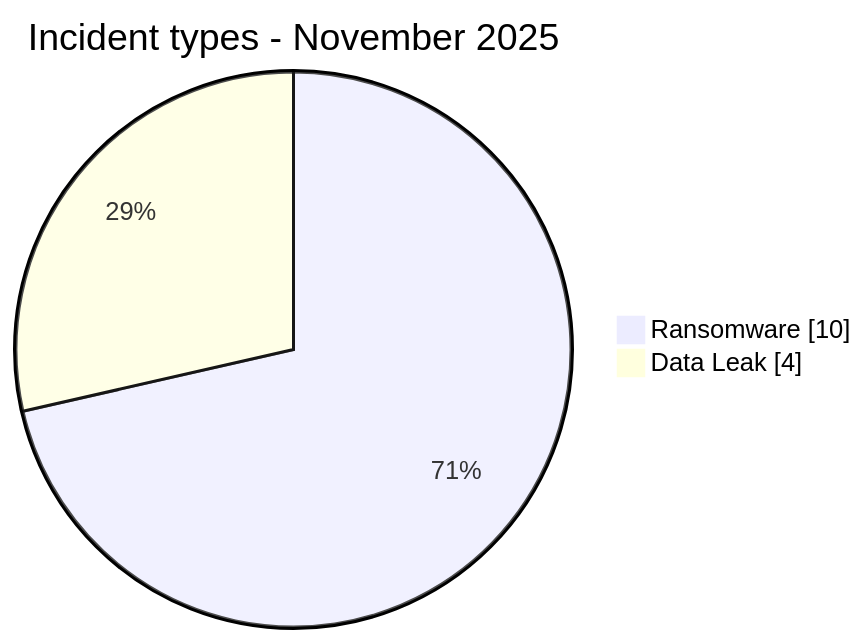
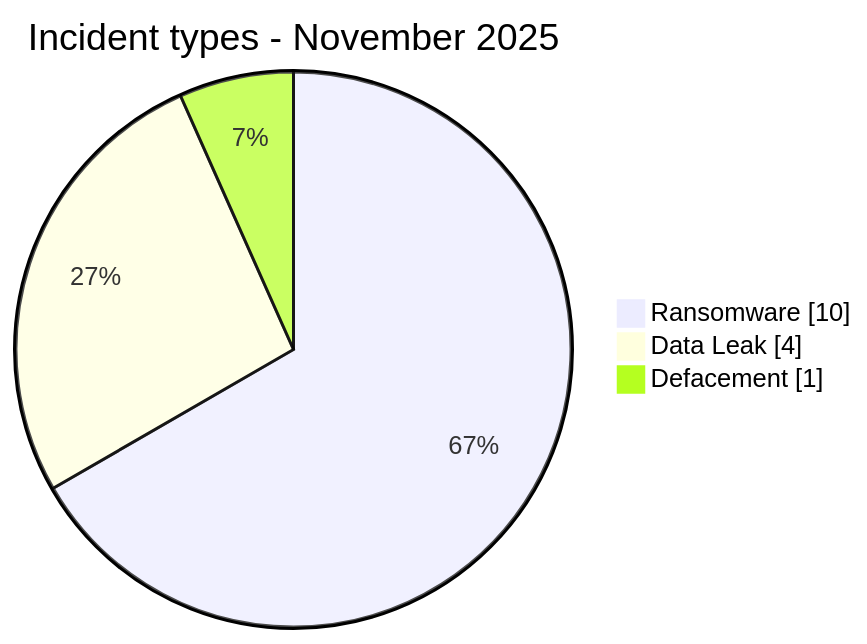
One commit to Hatchepsoute/AFRINTEL changed the first of 2 diagrams in CyberAttackAfrica/2025/11-november/README.md. Above: the diagram before and after it, drawn with Mermaid. The commit also changed other lines of this file and 73 other files, not shown here.

````diff
--- a/CyberAttackAfrica/2025/11-november/README.md
+++ b/CyberAttackAfrica/2025/11-november/README.md
@@ -72,6 +78,7 @@
 ```mermaid
 pie showData
     title Incident types - November 2025
     "Ransomware" : 10
     "Data Leak" : 4
+    "Defacement" : 1
 ```
````
